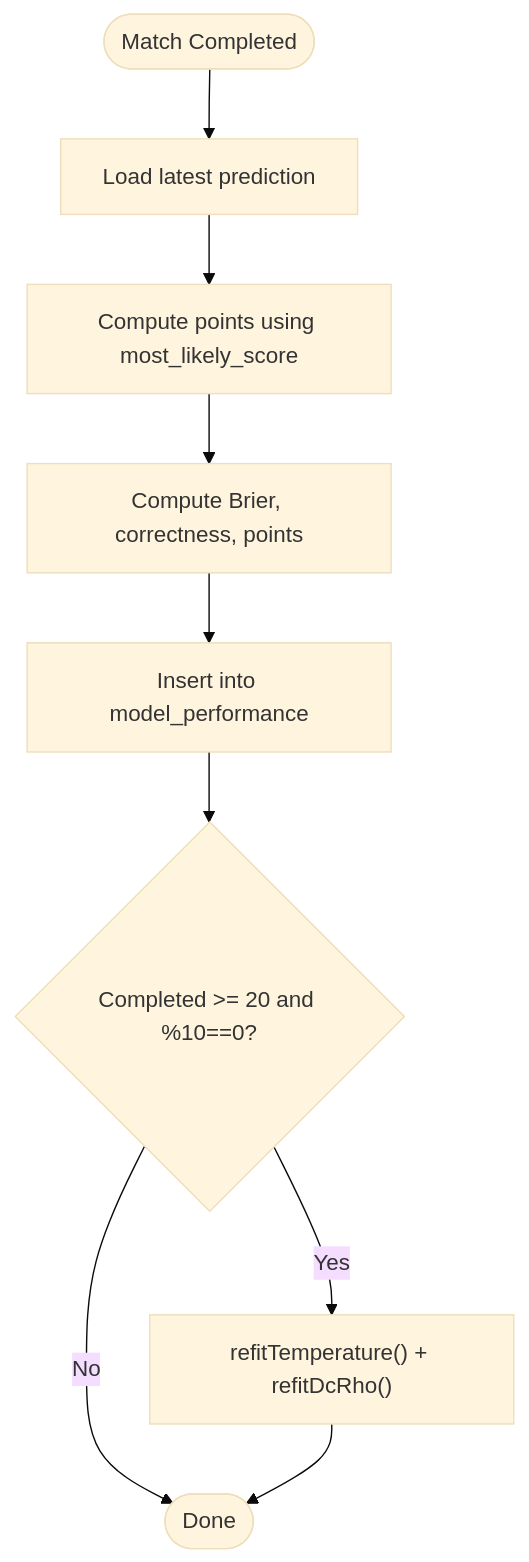
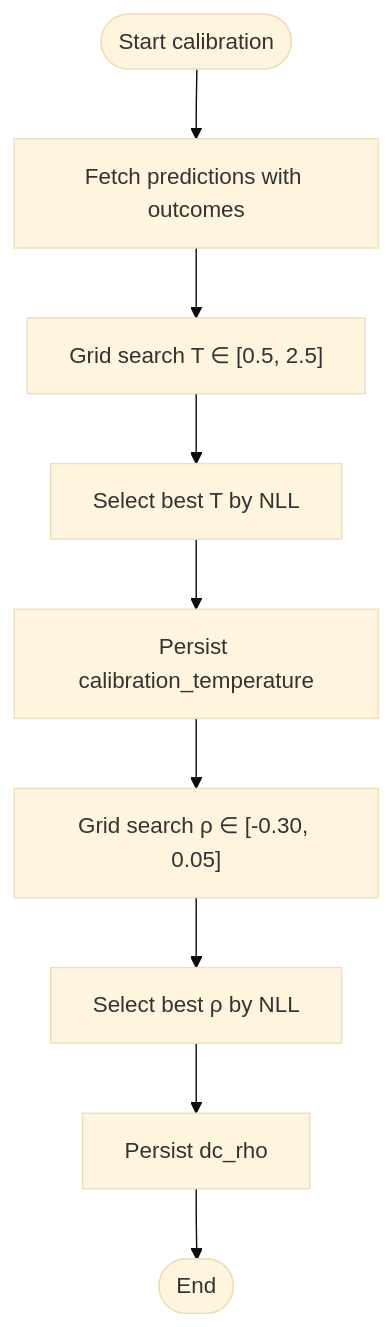
One commit to cheesiong/WC26-qwen changed the seventh of 8 diagrams in .qoder/repowiki/en/content/Prediction Engine/Prediction Engine.md. Above: the diagram before and after it, drawn with Mermaid (base theme). The commit also changed other lines of this file and 181 other files, not shown here.

````diff
--- a/.qoder/repowiki/en/content/Prediction Engine/Prediction Engine.md
+++ b/.qoder/repowiki/en/content/Prediction Engine/Prediction Engine.md
@@ -476,11 +286,11 @@
 ```mermaid
 flowchart TD
-Start(["Match Completed"]) --> LoadPred["Load latest prediction"]
-LoadPred --> Points["Compute points using most_likely_score"]
-Points --> Metrics["Compute Brier, correctness, points"]
-Metrics --> InsertMP["Insert into model_performance"]
-InsertMP --> Threshold{"Completed >= 20 and %10==0?"}
-Threshold --> |Yes| Refit["refitTemperature() + refitDcRho()"]
-Threshold --> |No| End(["Done"])
-Refit --> End
+StartC(["Start calibration"]) --> Samples["Fetch predictions with outcomes"]
+Samples --> TempGrid["Grid search T ∈ [0.5, 2.5]"]
+TempGrid --> BestT["Select best T by NLL"]
+BestT --> SaveT["Persist calibration_temperature"]
+SaveT --> RhoGrid["Grid search ρ ∈ [-0.30, 0.05]"]
+RhoGrid --> BestRho["Select best ρ by NLL"]
+BestRho --> SaveRho["Persist dc_rho"]
+SaveRho --> EndC(["End"])
 ```
````
